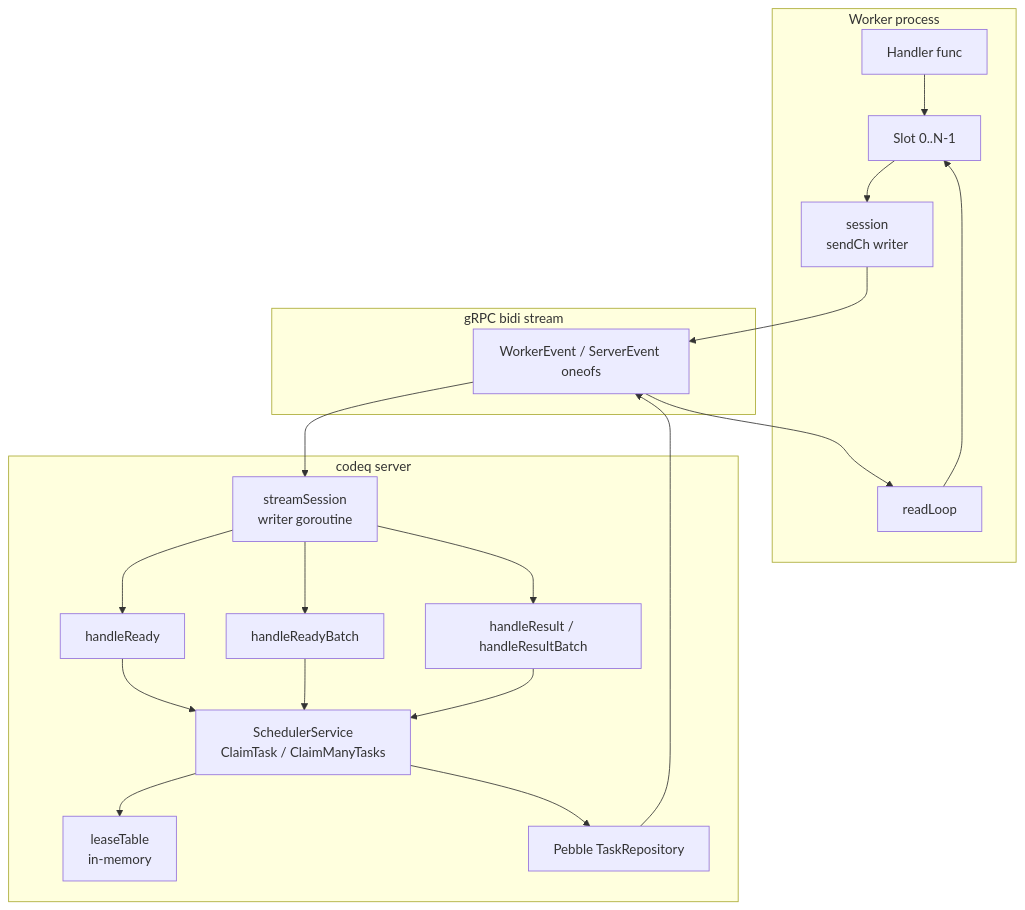
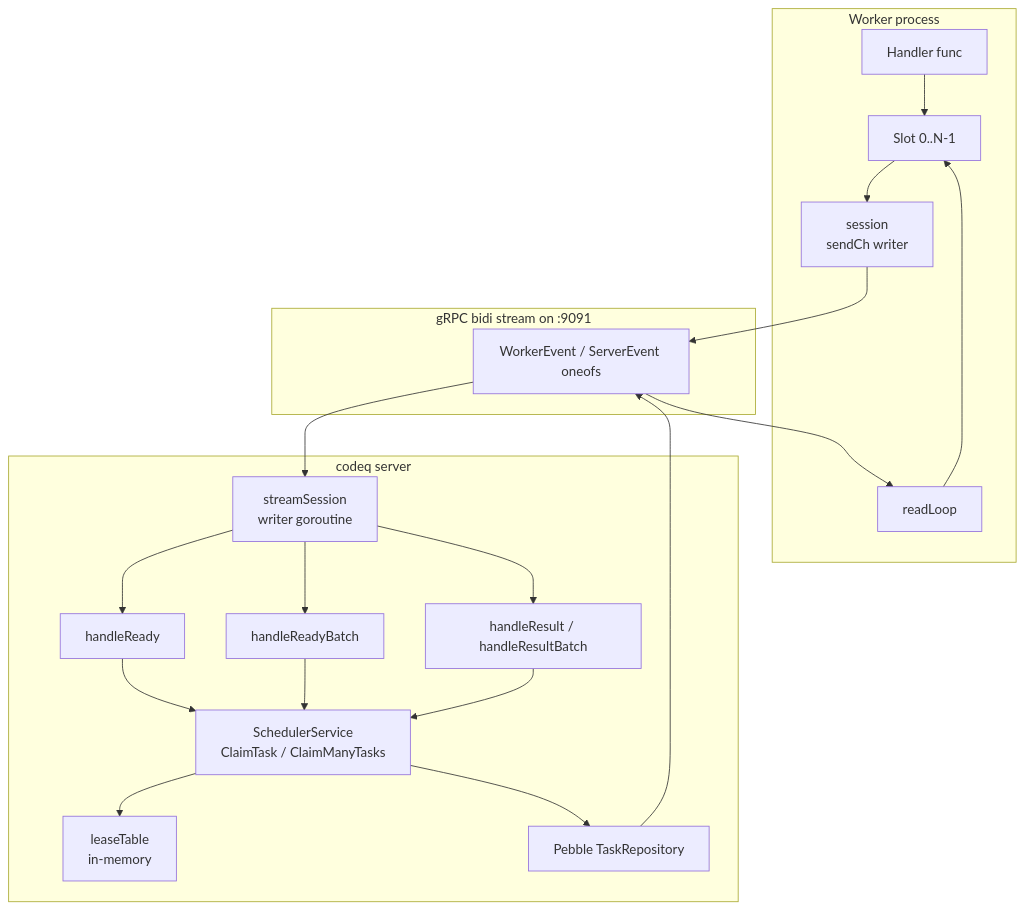
One commit to osvaldoandrade/codeq changed the first of 3 diagrams in docs/36-worker-streaming-sdk.md. Above: the diagram before and after it, drawn with Mermaid. The commit also changed other lines of this file and 2 other files, not shown here.

````diff
--- a/docs/36-worker-streaming-sdk.md
+++ b/docs/36-worker-streaming-sdk.md
@@ -63,36 +57,36 @@
 ```mermaid
 graph TB
   subgraph ClientProc[Worker process]
     H[Handler func]
     SL[Slot 0..N-1]
     SE[session<br/>sendCh writer]
     RD[readLoop]
   end
-  subgraph Wire[gRPC bidi stream]
+  subgraph Wire[gRPC bidi stream on :9091]
     EV[WorkerEvent / ServerEvent oneofs]
   end
   subgraph ServerProc[codeq server]
     SS[streamSession<br/>writer goroutine]
     HR[handleReady]
     HRB[handleReadyBatch]
     HRES[handleResult / handleResultBatch]
     SCH[SchedulerService<br/>ClaimTask / ClaimManyTasks]
     LT[leaseTable<br/>in-memory]
     PEB[Pebble TaskRepository]
   end
   H --> SL
   SL --> SE
   SE --> EV
   EV --> SS
   SS --> HR
   SS --> HRB
   SS --> HRES
   HR --> SCH
   HRB --> SCH
   HRES --> SCH
   SCH --> LT
   SCH --> PEB
   PEB --> EV
   EV --> RD
   RD --> SL
 ```
````
